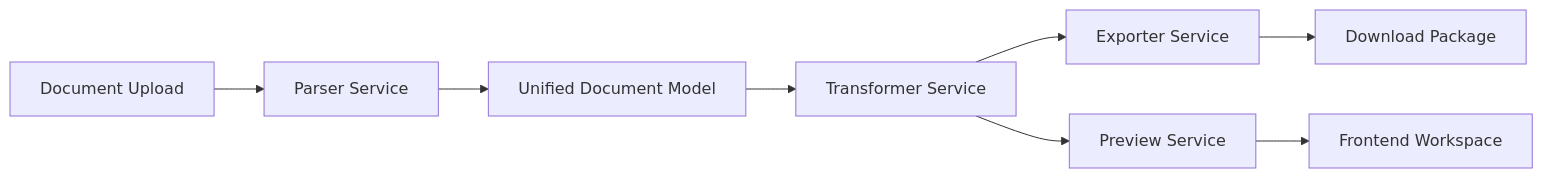
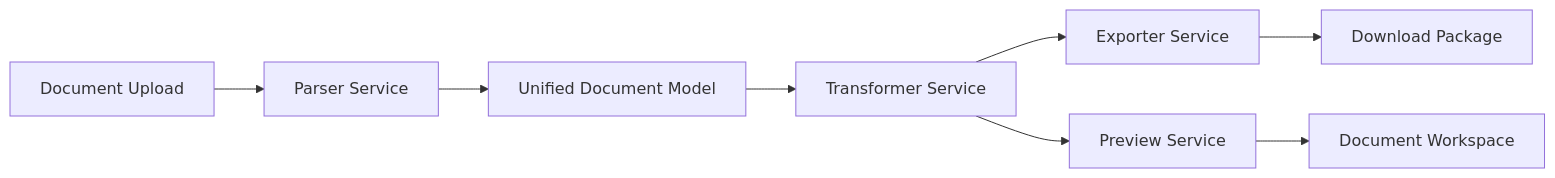
Before and after one commit to DevCalebR/relayworks-document-ingestion-kit: the diagram in README.md, drawn with Mermaid. The commit also changed other lines of this file and 8 other files, not shown here.

Commit message:
Polish private demo document workspace

````diff
--- a/README.md
+++ b/README.md
@@ -9,10 +140,10 @@
 ```mermaid
 flowchart LR
   A[Document Upload] --> B[Parser Service]
   B --> C[Unified Document Model]
   C --> D[Transformer Service]
   D --> E[Exporter Service]
   D --> F[Preview Service]
   E --> G[Download Package]
-  F --> H[Frontend Workspace]
+  F --> H[Document Workspace]
 ```
````
